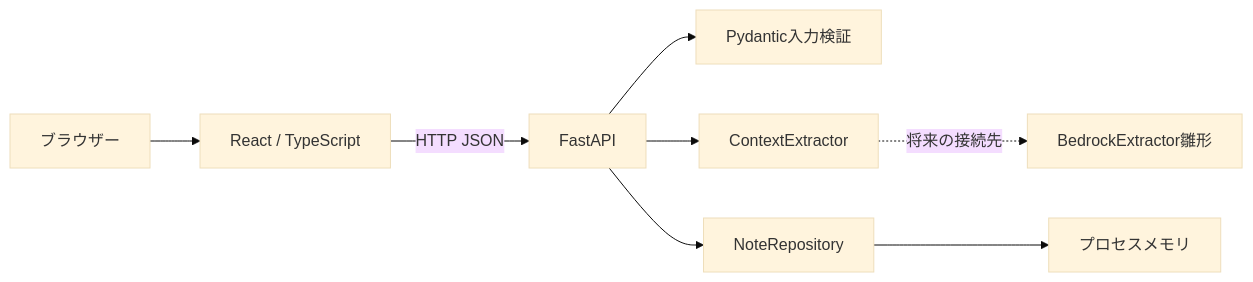
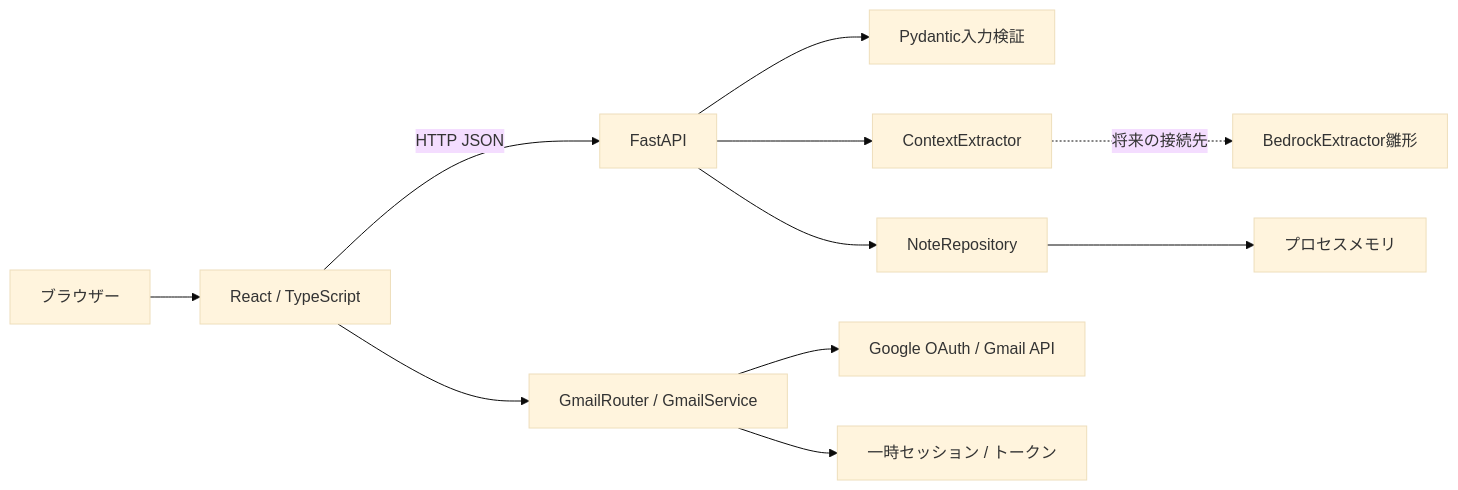
One commit to Axealm/contextpad changed the first of 3 diagrams in docs/design.md. Above: the diagram before and after it, drawn with Mermaid (base theme). The commit also changed other lines of this file and 23 other files, not shown here.

````diff
--- a/docs/design.md
+++ b/docs/design.md
@@ -7,10 +7,13 @@
 ```mermaid
 flowchart LR
     U[ブラウザー] --> W[React / TypeScript]
     W -->|HTTP JSON| A[FastAPI]
     A --> V[Pydantic入力検証]
     A --> E[ContextExtractor]
     A --> R[NoteRepository]
     R --> M[プロセスメモリ]
+    W --> G[GmailRouter / GmailService]
+    G --> O[Google OAuth / Gmail API]
+    G --> S[一時セッション / トークン]
     E -. 将来の接続先 .-> B[BedrockExtractor雛形]
 ```
````
